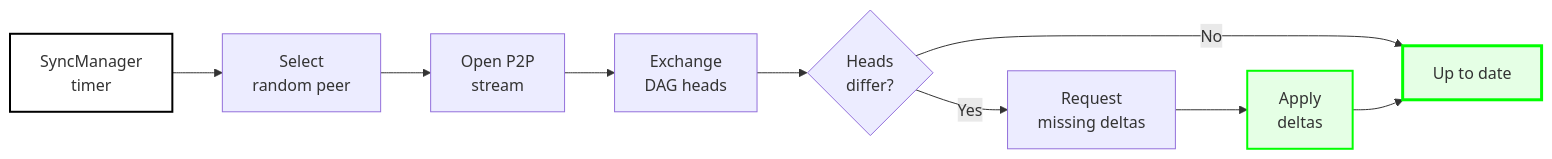
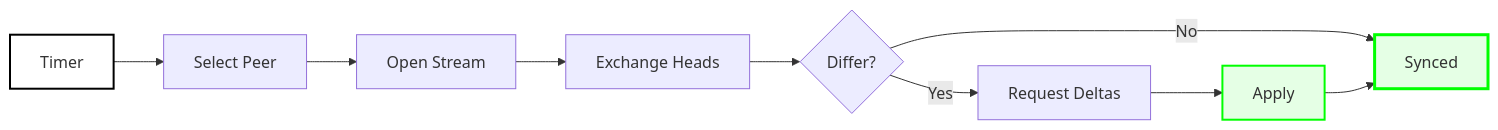
The fourth of 6 diagrams in docs/core-concepts/architecture.md (calimero-network/docs), drawn with Mermaid before and after one commit. The commit also changed other lines of this file and 5 other files, not shown here.

First line of the commit message:
fix: Fix Mermaid graph syntax errors and improve readability

````diff
--- a/docs/core-concepts/architecture.md
+++ b/docs/core-concepts/architecture.md
@@ -89,15 +76,15 @@
 ```mermaid
 flowchart LR
-    T[SyncManager<br/>timer] --> S[Select<br/>random peer]
-    S --> O[Open P2P<br/>stream]
-    O --> X[Exchange<br/>DAG heads]
-    X --> D{Heads<br/>differ?}
-    D -->|Yes| R[Request<br/>missing deltas]
-    D -->|No| C[Up to date]
-    R --> A[Apply<br/>deltas]
-    A --> C
+    TIMER[Timer] --> PEER[Select Peer]
+    PEER --> STREAM[Open Stream]
+    STREAM --> HEADS[Exchange Heads]
+    HEADS --> DIFF{Differ?}
+    DIFF -->|Yes| REQUEST[Request Deltas]
+    DIFF -->|No| SYNC[Synced]
+    REQUEST --> APPLY2[Apply]
+    APPLY2 --> SYNC
     
-    style T fill:#ffffff,stroke:#000000,stroke-width:2px
-    style C fill:#e5ffe5,stroke:#00ff00,stroke-width:3px
-    style A fill:#e5ffe5,stroke:#00ff00,stroke-width:2px
+    style TIMER fill:#ffffff,stroke:#000000,stroke-width:2px
+    style SYNC fill:#e5ffe5,stroke:#00ff00,stroke-width:3px
+    style APPLY2 fill:#e5ffe5,stroke:#00ff00,stroke-width:2px
 ```
````
